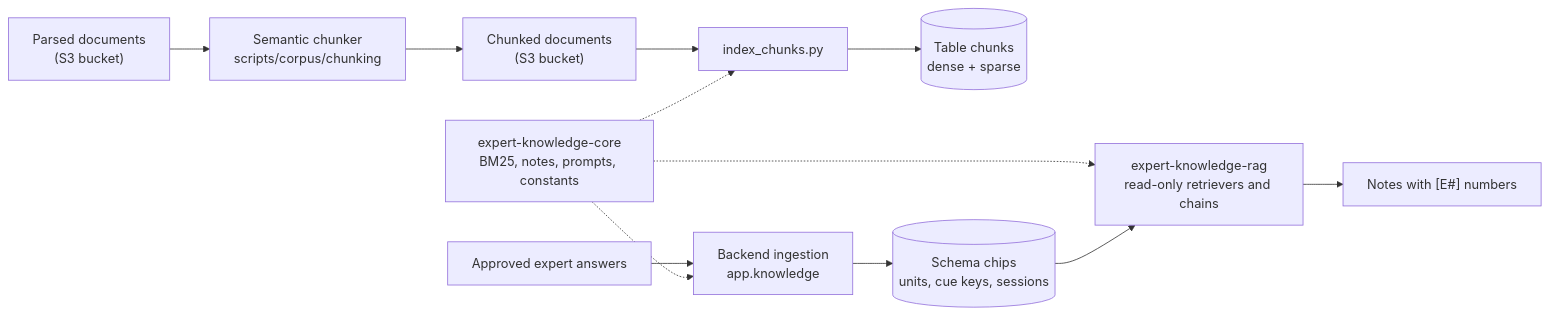
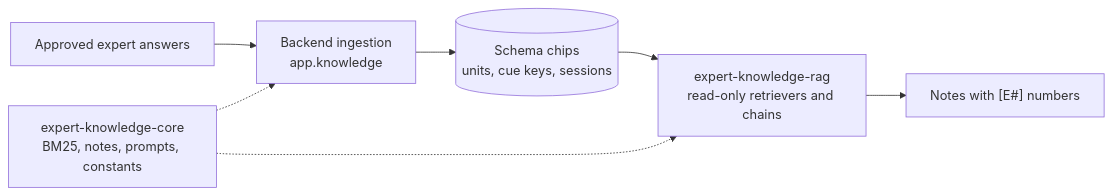
The diagram in docs/eng/explanation/retrieval-and-indexing.md (LepsyMikolaj3301/adhd-expert-knowledge-elicitation-system), drawn with Mermaid before and after one commit. The commit also changed other lines of this file and 18 other files, not shown here.

Commit message:
Docs: refresh the pages touched by the scripts cleanup (architecture, retrieval, runtime, tutorial, index, how-to; Polish translations), drop the chunking page, devcontainer ports and CI comment

````diff
--- a/docs/eng/explanation/retrieval-and-indexing.md
+++ b/docs/eng/explanation/retrieval-and-indexing.md
@@ -14,17 +14,11 @@
 ```mermaid
 flowchart LR
-  parsed["Parsed documents<br/>(S3 bucket)"] --> chunker["Semantic chunker<br/>scripts/corpus/chunking"]
-  chunker --> chunked["Chunked documents<br/>(S3 bucket)"]
-  chunked --> indexer["index_chunks.py"]
-  indexer --> chunksTable[("Table chunks<br/>dense + sparse")]
-
   answers["Approved expert answers"] --> ingest["Backend ingestion<br/>app.knowledge"]
   ingest --> chips[("Schema chips<br/>units, cue keys, sessions")]
 
   core["expert-knowledge-core<br/>BM25, notes, prompts, constants"]
-  core -.-> indexer
   core -.-> ingest
   core -.-> rag["expert-knowledge-rag<br/>read-only retrievers and chains"]
   chips --> rag
   rag --> notes["Notes with [E#] numbers"]
 ```
````
